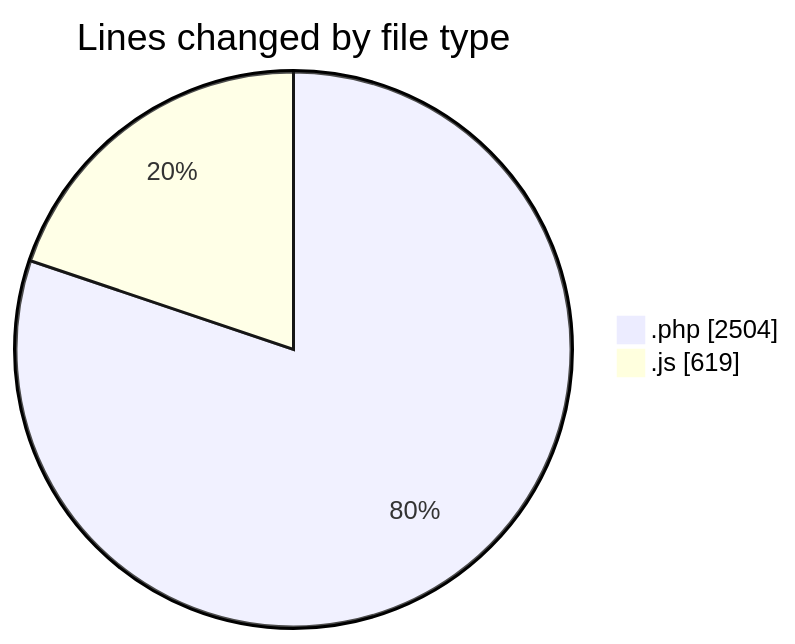
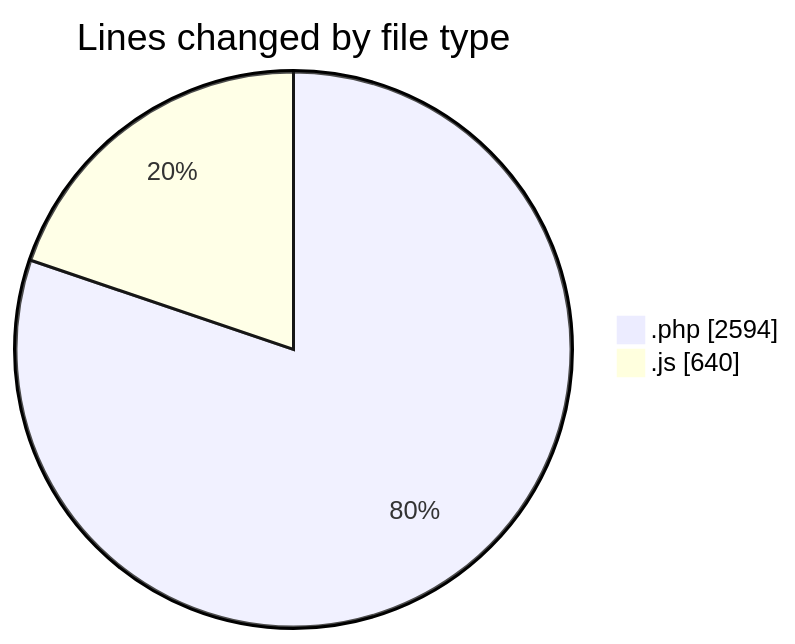
Before and after one commit to debugP/code-tracking: the first of 2 diagrams in 2026-10-20/untitled__workspace_/README.md, drawn with Mermaid. The commit also changed other lines of this file and 1 other file, not shown here.

````diff
--- a/2026-10-20/untitled__workspace_/README.md
+++ b/2026-10-20/untitled__workspace_/README.md
@@ -21,6 +21,6 @@
 ```mermaid
 pie showData
 title Lines changed by file type
-".php" : 2504
-".js" : 619
+".php" : 2594
+".js" : 640
 ```
````
